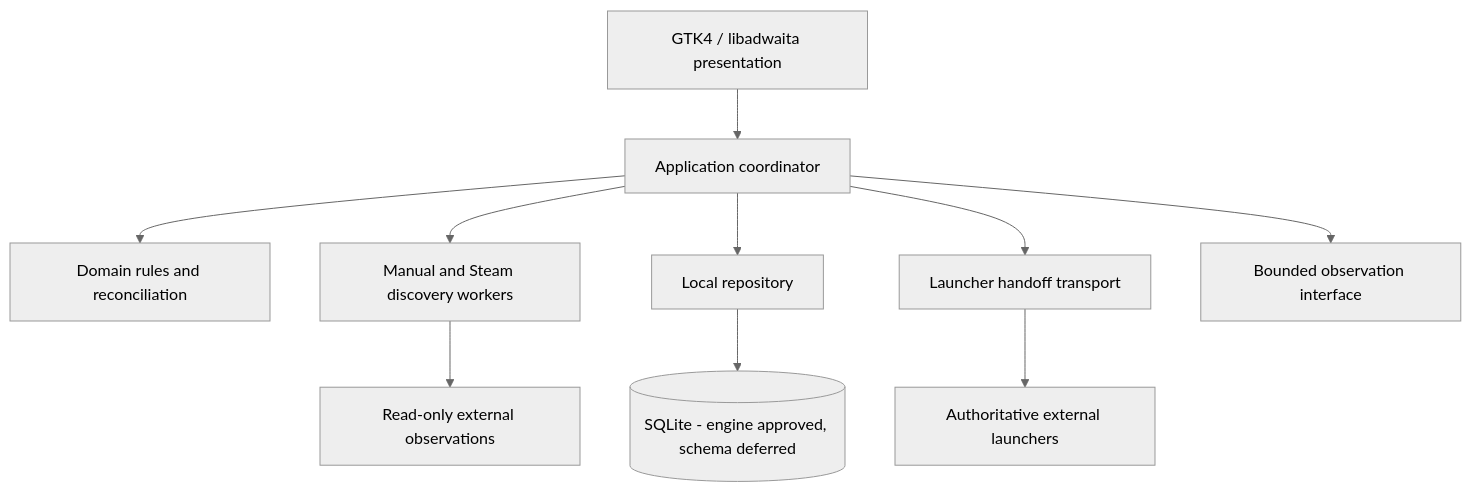
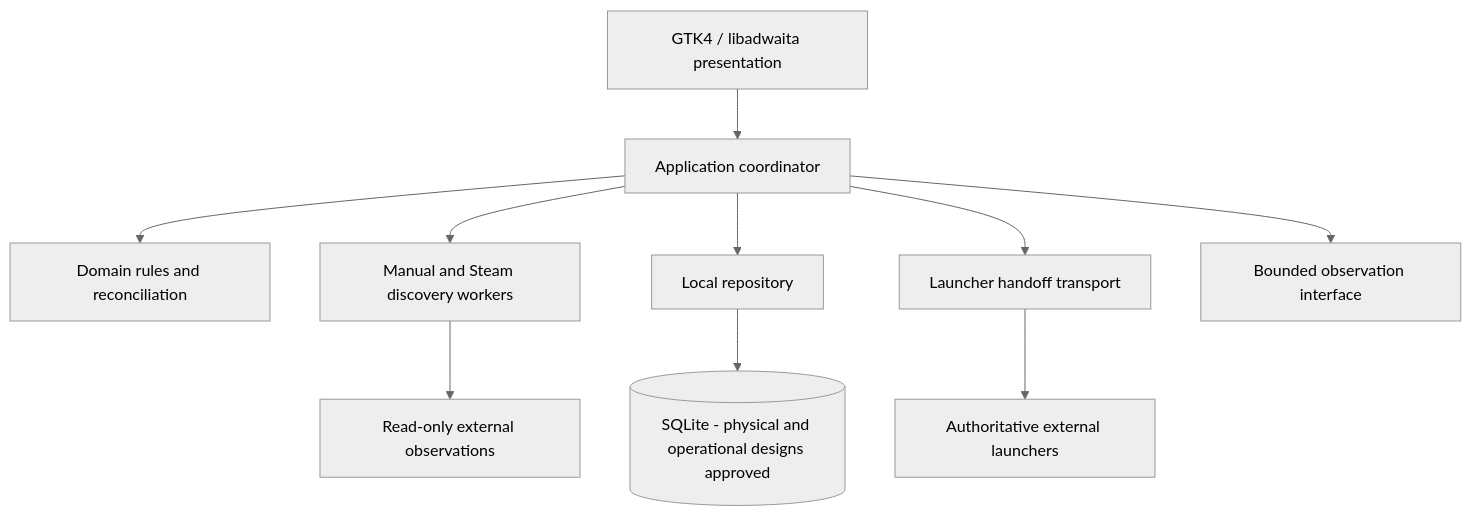
Before and after one commit to kareemsasa/koine: the diagram in docs/architecture-options.md, drawn with Mermaid (neutral theme). The commit also changed other lines of this file and 5 other files, not shown here.

Commit message:
docs: record SQLite operational design approval

````diff
--- a/docs/architecture-options.md
+++ b/docs/architecture-options.md
@@ -119,12 +123,12 @@
 ```mermaid
 flowchart TD
     UI[GTK4 / libadwaita presentation] --> APP[Application coordinator]
     APP --> CORE[Domain rules and reconciliation]
     APP --> DISC[Manual and Steam discovery workers]
     APP --> STORE[Local repository]
     APP --> HANDOFF[Launcher handoff transport]
     APP --> OBS[Bounded observation interface]
     DISC --> DATA[Read-only external observations]
-    STORE --> DB[(SQLite - engine approved, schema deferred)]
+    STORE --> DB[(SQLite - physical and operational designs approved)]
     HANDOFF --> LAUNCHERS[Authoritative external launchers]
 ```
````
